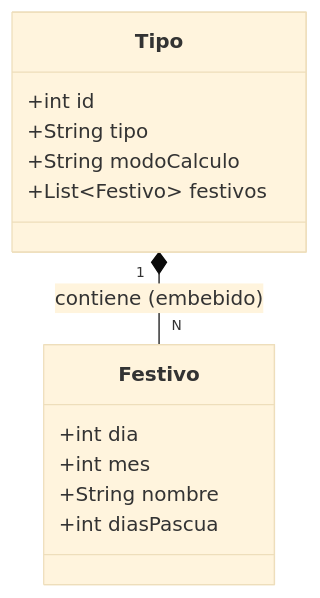
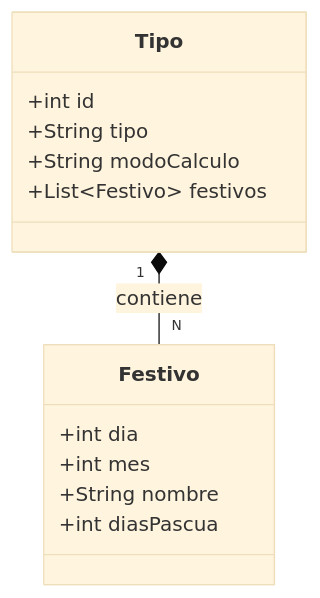
The diagram in diagrama-objetual-bdfestivos.md (yhanca96/Arquitectura-Software), drawn with Mermaid (base theme) before and after one commit.

Commit message:
Fix formatting of relationship in object diagram

````diff
--- a/diagrama-objetual-bdfestivos.md
+++ b/diagrama-objetual-bdfestivos.md
@@ -1,16 +1,16 @@
 ```mermaid
 classDiagram
     class Tipo {
         +int id
         +String tipo
         +String modoCalculo
         +List~Festivo~ festivos
     }
     class Festivo {
         +int dia
         +int mes
         +String nombre
         +int diasPascua
     }
-    Tipo "1" *-- "N" Festivo : contiene (embebido)
+    Tipo "1" *-- "N" Festivo : contiene
 ```
````
